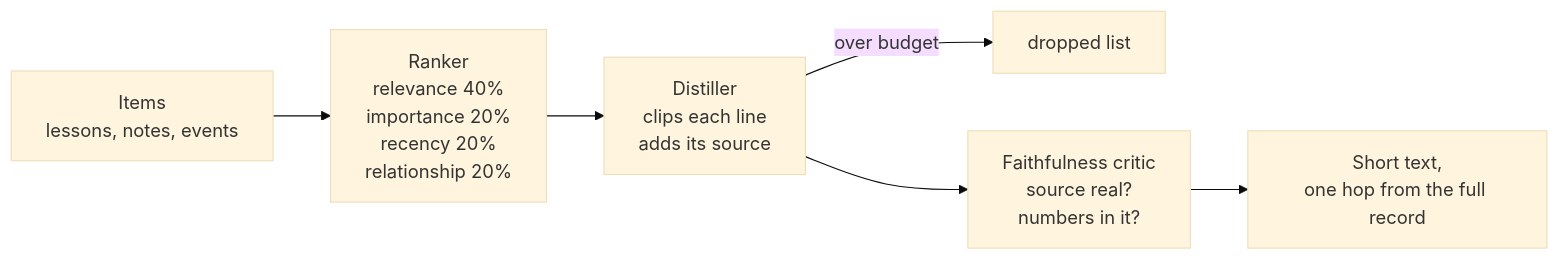
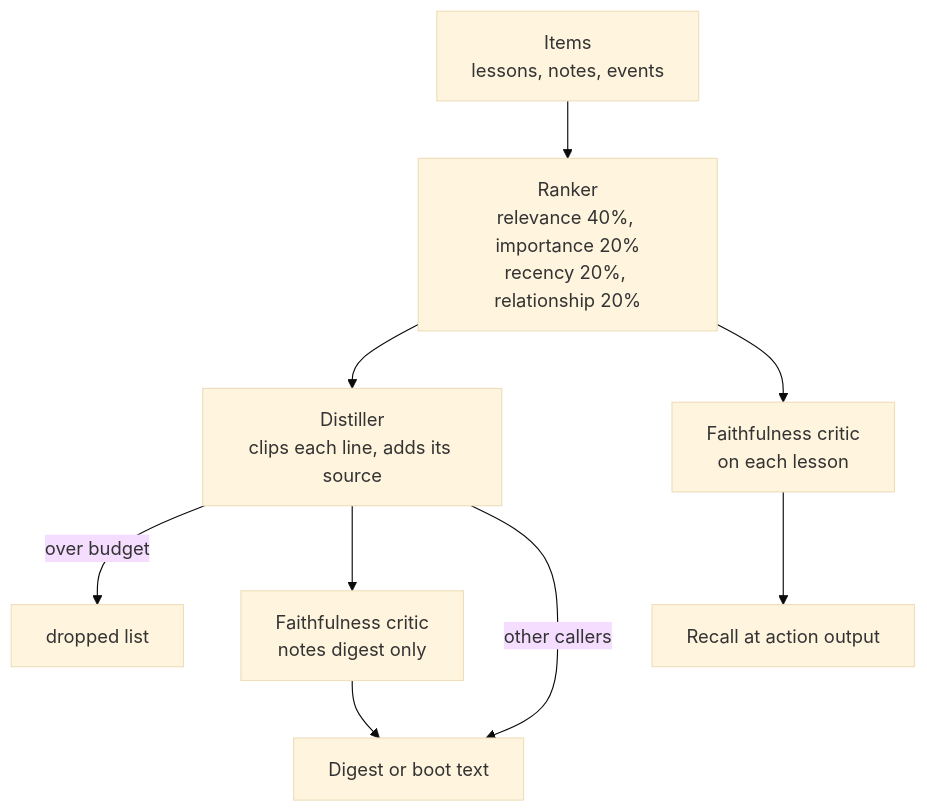
Before and after one commit to balanced7/akashic-aurora: the diagram in apps/docs/content/docs/concepts/memory/ranker-and-distiller.mdx, drawn with Mermaid (base theme). The commit also changed other lines of this file and 4 other files, not shown here.

````diff
--- a/apps/docs/content/docs/concepts/memory/ranker-and-distiller.mdx
+++ b/apps/docs/content/docs/concepts/memory/ranker-and-distiller.mdx
@@ -14,8 +14,11 @@
 ```mermaid
-flowchart LR
-  items["Items<br/>lessons, notes, events"] --> ranker["Ranker<br/>relevance 40%<br/>importance 20%<br/>recency 20%<br/>relationship 20%"]
-  ranker --> distiller["Distiller<br/>clips each line<br/>adds its source"]
+flowchart TB
+  items["Items<br/>lessons, notes, events"] --> ranker["Ranker<br/>relevance 40%, importance 20%<br/>recency 20%, relationship 20%"]
+  ranker --> distiller["Distiller<br/>clips each line, adds its source"]
   distiller -- "over budget" --> dropped["dropped list"]
-  distiller --> critic["Faithfulness critic<br/>source real?<br/>numbers in it?"]
-  critic --> text["Short text,<br/>one hop from the full record"]
+  distiller --> dcritic["Faithfulness critic<br/>notes digest only"]
+  dcritic --> text["Digest or boot text"]
+  distiller -- "other callers" --> text
+  ranker --> icritic["Faithfulness critic<br/>on each lesson"]
+  icritic --> ra["Recall at action output"]
 ```
````
